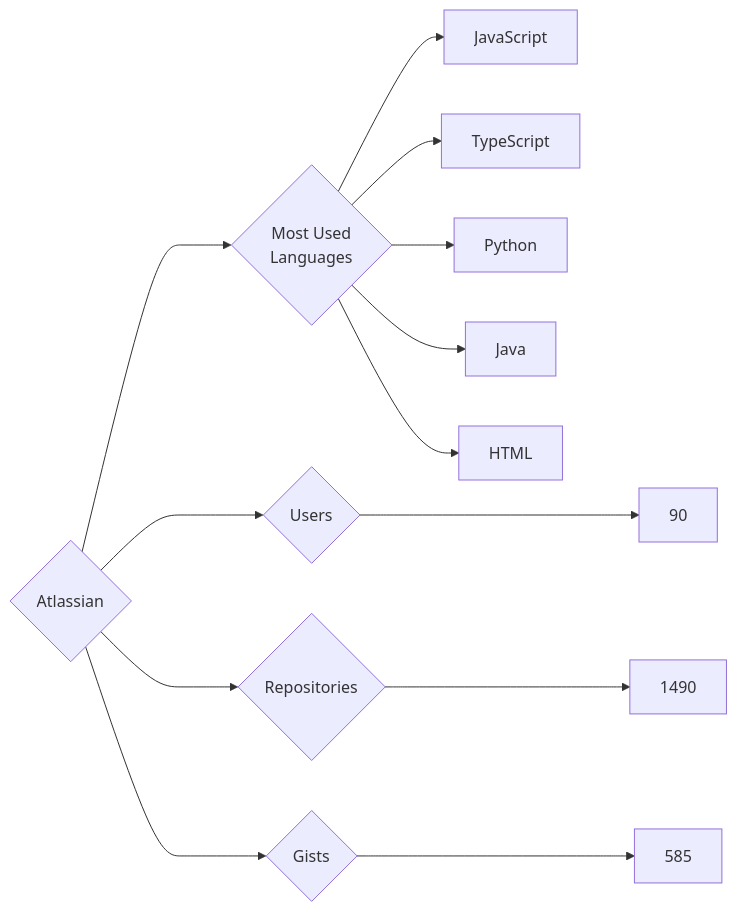
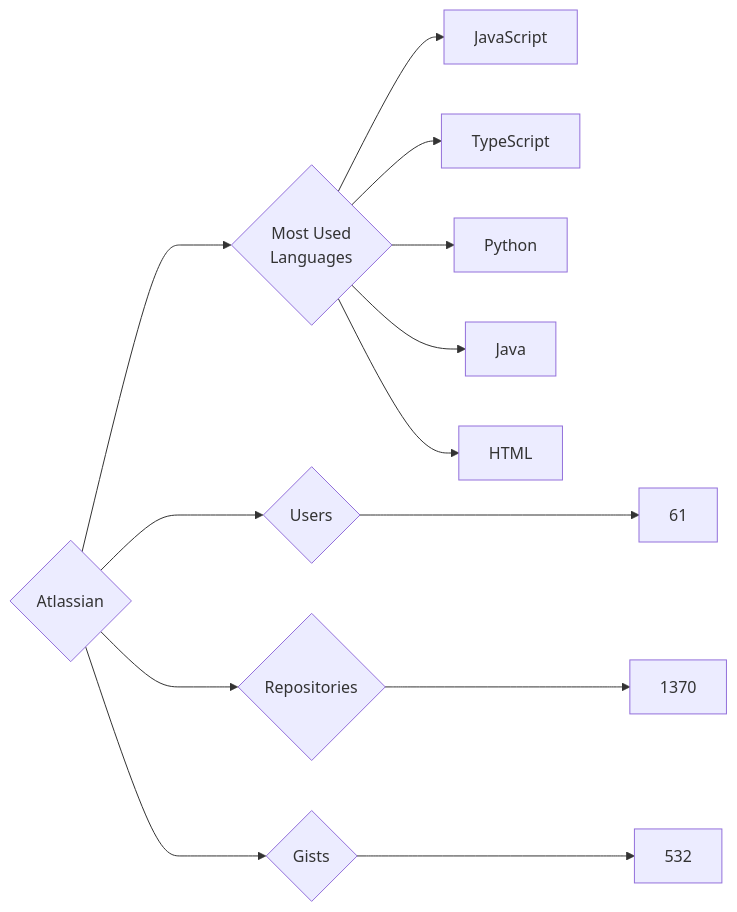
Before and after one commit to trickest/insiders: the diagram in targets/Atlassian/README.md, drawn with Mermaid. The commit also changed 723 other files, not shown here.

````diff
--- a/targets/Atlassian/README.md
+++ b/targets/Atlassian/README.md
@@ -3,13 +3,13 @@
 ```mermaid
 graph LR
 COMPANY_NAME{Atlassian}
-COMPANY_NAME ---> U{Users} ---> UN[90]
-COMPANY_NAME ---> R{Repositories} ---> RN[1490]
-COMPANY_NAME ---> G{Gists} ---> GN[585]
+COMPANY_NAME ---> U{Users} ---> UN[61]
+COMPANY_NAME ---> R{Repositories} ---> RN[1370]
+COMPANY_NAME ---> G{Gists} ---> GN[532]
 COMPANY_NAME ---> ML{Most Used<br>Languages}
 ML --> JavaScript[JavaScript]
 ML --> TypeScript[TypeScript]
 ML --> Python[Python]
 ML --> Java[Java]
 ML --> HTML[HTML]
 ```
````
